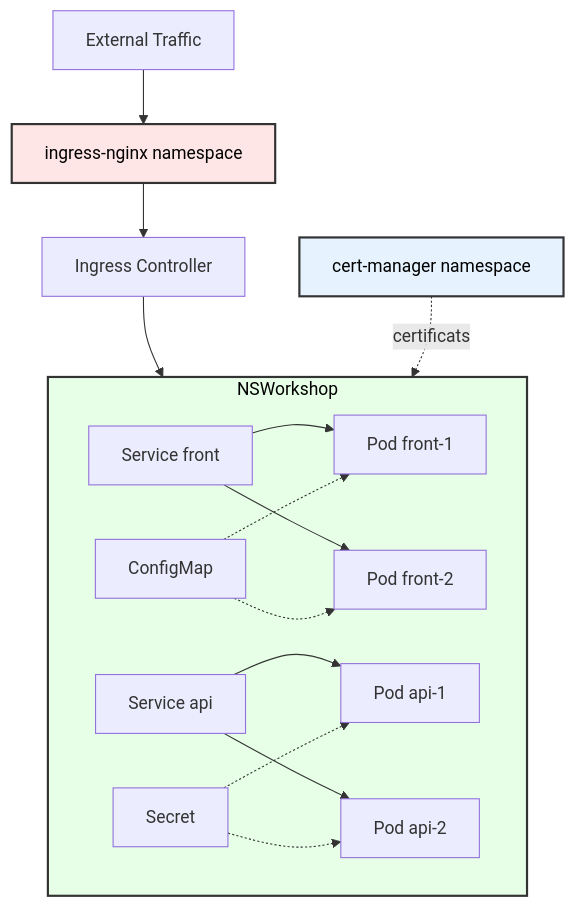
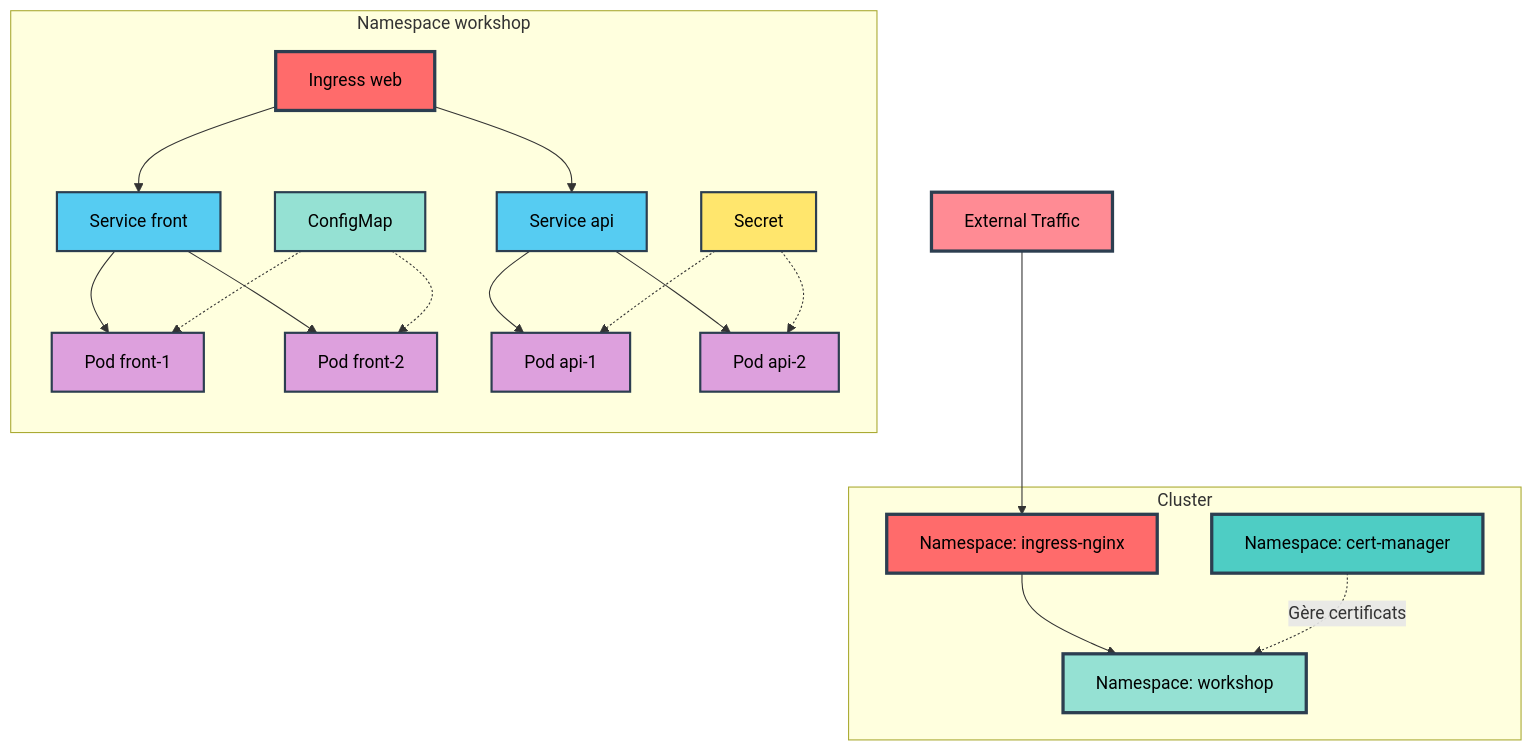
One commit to MPFabio/S4-Ingress-TLS-Config-Secrets changed the ninth of 9 diagrams in docs/ARCHITECTURE.md. Above: the diagram before and after it, drawn with Mermaid. The commit also changed other lines of this file, not shown here.

Commit message:
Modernisation diagrammes - Couleurs vibrantes + fix parsing Mermaid

````diff
--- a/docs/ARCHITECTURE.md
+++ b/docs/ARCHITECTURE.md
@@ -327,33 +353,50 @@
 ```mermaid
 flowchart TB
-    External[External Traffic] --> NSIngress[ingress-nginx namespace]
-    NSIngress --> Ingress[Ingress Controller]
-    
-    Ingress --> NSWorkshop[workshop namespace]
-    
-    subgraph NSWorkshop
+    subgraph Namespace workshop
+        direction TB
+        Ingress[Ingress web]
         SvcF[Service front]
         SvcA[Service api]
         PF1[Pod front-1]
         PF2[Pod front-2]
         PA1[Pod api-1]
         PA2[Pod api-2]
         CM[ConfigMap]
         S[Secret]
         
+        Ingress --> SvcF
+        Ingress --> SvcA
         SvcF --> PF1
         SvcF --> PF2
         SvcA --> PA1
         SvcA --> PA2
         CM -.-> PF1
         CM -.-> PF2
         S -.-> PA1
         S -.-> PA2
     end
     
-    NSCert[cert-manager namespace] -.certificats.-> NSWorkshop
+    subgraph Cluster
+        NS1[Namespace: workshop]
+        NS2[Namespace: ingress-nginx]
+        NS3[Namespace: cert-manager]
+    end
     
-    style NSWorkshop fill:#e6ffe6,stroke:#333,stroke-width:2px,color:#000
-    style NSIngress fill:#ffe6e6,stroke:#333,stroke-width:2px,color:#000
-    style NSCert fill:#e6f3ff,stroke:#333,stroke-width:2px,color:#000
+    External[External Traffic] --> NS2
+    NS2 --> NS1
+    NS3 -.Gère certificats.-> NS1
+    
+    style NS1 fill:#95E1D3,stroke:#2C3E50,stroke-width:3px,color:#000
+    style NS2 fill:#FF6B6B,stroke:#2C3E50,stroke-width:3px,color:#000
+    style NS3 fill:#4ECDC4,stroke:#2C3E50,stroke-width:3px,color:#000
+    style Ingress fill:#FF6B6B,stroke:#2C3E50,stroke-width:3px,color:#000
+    style SvcF fill:#56CCF2,stroke:#2C3E50,stroke-width:2px,color:#000
+    style SvcA fill:#56CCF2,stroke:#2C3E50,stroke-width:2px,color:#000
+    style PF1 fill:#DDA0DD,stroke:#2C3E50,stroke-width:2px,color:#000
+    style PF2 fill:#DDA0DD,stroke:#2C3E50,stroke-width:2px,color:#000
+    style PA1 fill:#DDA0DD,stroke:#2C3E50,stroke-width:2px,color:#000
+    style PA2 fill:#DDA0DD,stroke:#2C3E50,stroke-width:2px,color:#000
+    style CM fill:#95E1D3,stroke:#2C3E50,stroke-width:2px,color:#000
+    style S fill:#FFE66D,stroke:#2C3E50,stroke-width:2px,color:#000
+    style External fill:#FF8B94,stroke:#2C3E50,stroke-width:3px,color:#000
 ```
````
